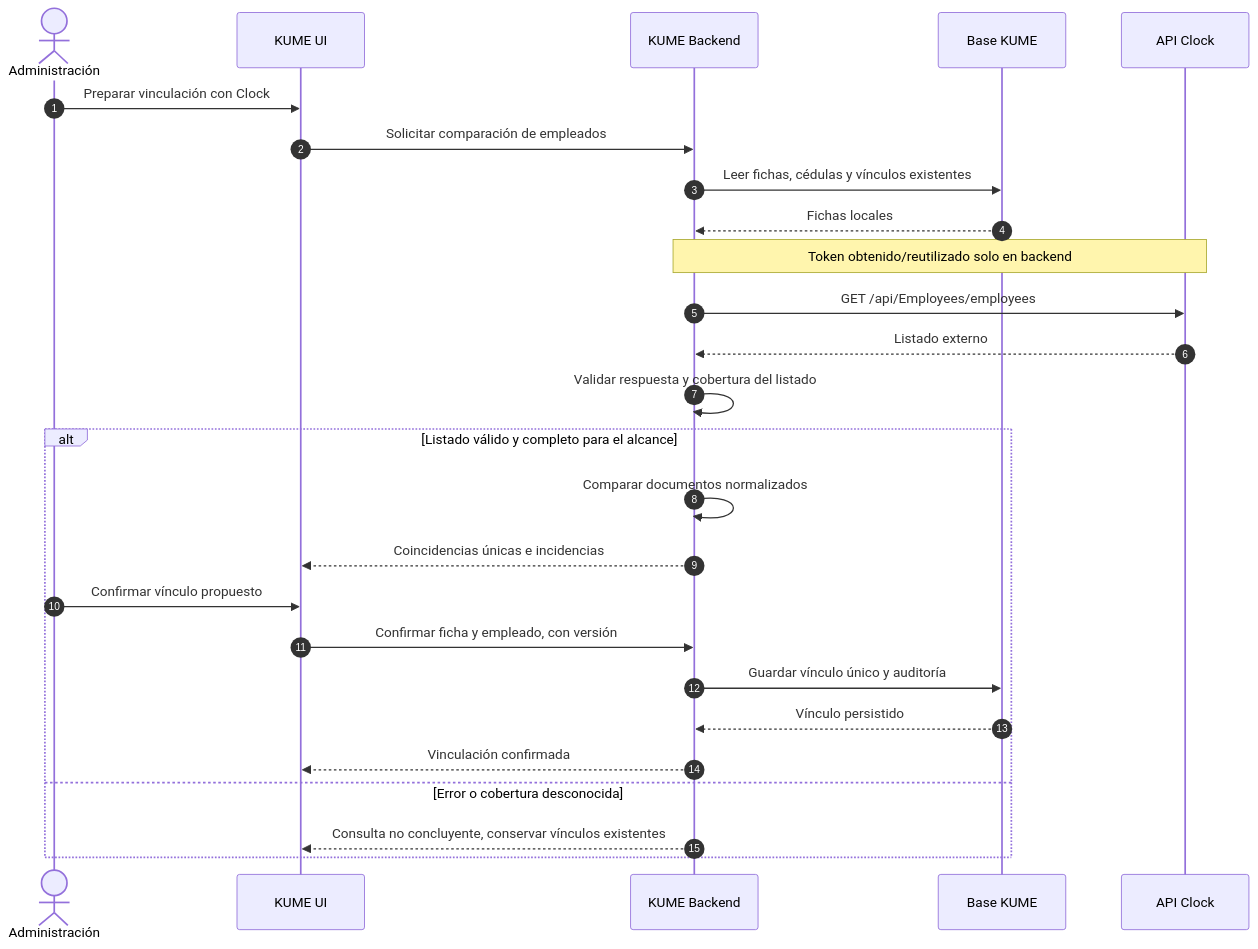
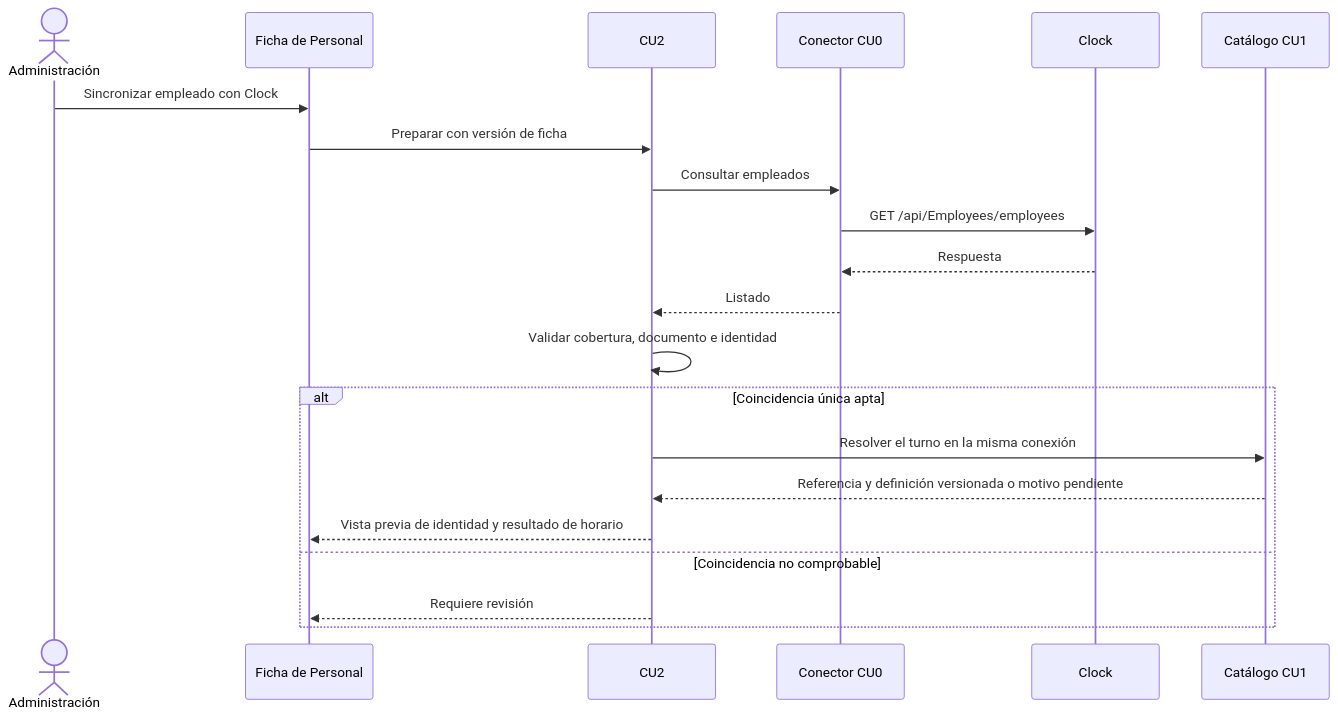
The first of 4 diagrams in docs/technical/softwareclock-employee-mapping.md (maxifarkuso/kume-admin-docs), drawn with Mermaid before and after one commit. The commit also changed other lines of this file and 24 other files, not shown here.

Commit message:
docs(clock): definir reglas y alcance de CU2

````diff
--- a/docs/technical/softwareclock-employee-mapping.md
+++ b/docs/technical/softwareclock-employee-mapping.md
@@ -45,28 +7,23 @@
 ```mermaid
 sequenceDiagram
-    autonumber
     actor A as Administración
-    participant UI as KUME UI
-    participant BE as KUME Backend
-    participant DB as Base KUME
-    participant C as API Clock
-    A->>UI: Preparar vinculación con Clock
-    UI->>BE: Solicitar comparación de empleados
-    BE->>DB: Leer fichas, cédulas y vínculos existentes
-    DB-->>BE: Fichas locales
-    Note over BE,C: Token obtenido/reutilizado solo en backend
-    BE->>C: GET /api/Employees/employees
-    C-->>BE: Listado externo
-    BE->>BE: Validar respuesta y cobertura del listado
-    alt Listado válido y completo para el alcance
-        BE->>BE: Comparar documentos normalizados
-        BE-->>UI: Coincidencias únicas e incidencias
-        A->>UI: Confirmar vínculo propuesto
-        UI->>BE: Confirmar ficha y empleado, con versión
-        BE->>DB: Guardar vínculo único y auditoría
-        DB-->>BE: Vínculo persistido
-        BE-->>UI: Vinculación confirmada
-    else Error o cobertura desconocida
-        BE-->>UI: Consulta no concluyente, conservar vínculos existentes
+    participant UI as Ficha de Personal
+    participant BE as CU2
+    participant C as Conector CU0
+    participant P as Clock
+    participant W as Catálogo CU1
+    A->>UI: Sincronizar empleado con Clock
+    UI->>BE: Preparar con versión de ficha
+    BE->>C: Consultar empleados
+    C->>P: GET /api/Employees/employees
+    P-->>C: Respuesta
+    C-->>BE: Listado
+    BE->>BE: Validar cobertura, documento e identidad
+    alt Coincidencia única apta
+        BE->>W: Resolver el turno en la misma conexión
+        W-->>BE: Referencia y definición versionada o motivo pendiente
+        BE-->>UI: Vista previa de identidad y resultado de horario
+    else Coincidencia no comprobable
+        BE-->>UI: Requiere revisión
     end
 ```
````
